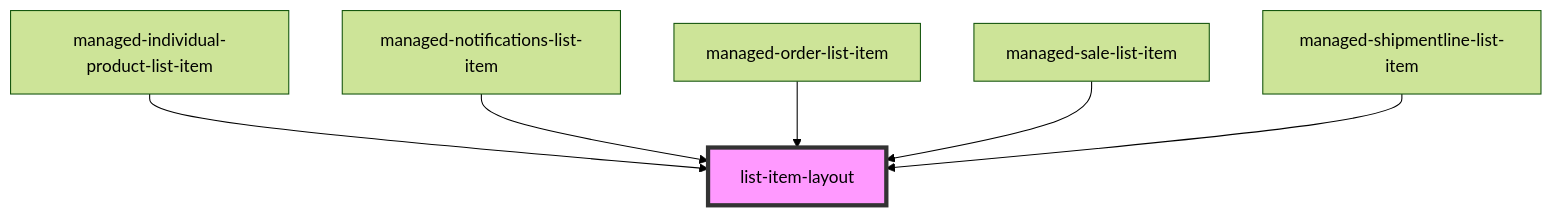
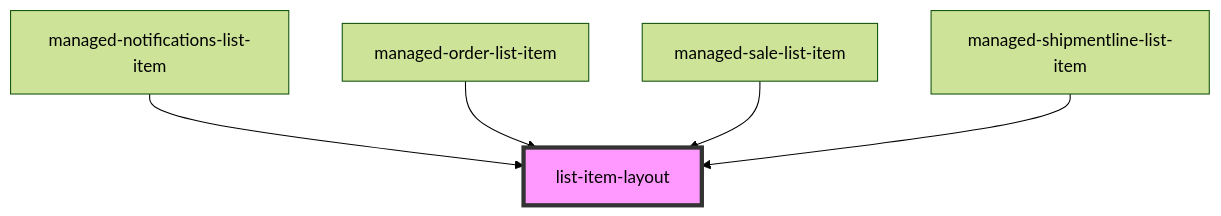
Before and after one commit to PharmaLedger-IMI/fgt-workspace: the diagram in pdm-web-components/src/components/list-item-layout/readme.md, drawn with Mermaid (forest theme). The commit also changed other lines of this file and 6 other files, not shown here.

````diff
--- a/pdm-web-components/src/components/list-item-layout/readme.md
+++ b/pdm-web-components/src/components/list-item-layout/readme.md
@@ -30,9 +29,8 @@
 ```mermaid
 graph TD;
-  managed-individual-product-list-item --> list-item-layout
   managed-notifications-list-item --> list-item-layout
   managed-order-list-item --> list-item-layout
   managed-sale-list-item --> list-item-layout
   managed-shipmentline-list-item --> list-item-layout
   style list-item-layout fill:#f9f,stroke:#333,stroke-width:4px
 ```
````
